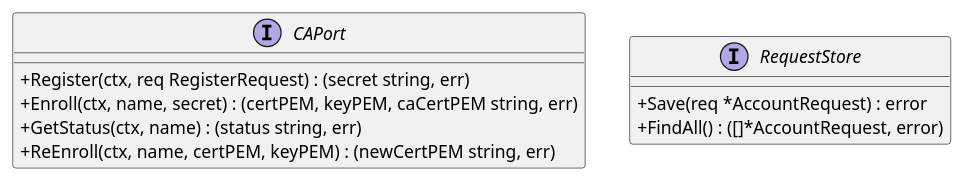
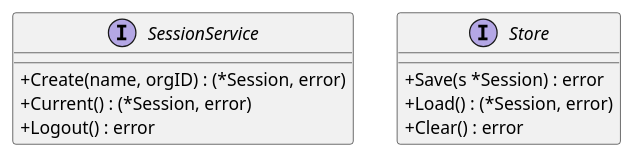
Before and after one commit to olivaux/myr: the fifth of 6 diagrams in specs/3-Conception/DC_D1_Auth_Identity.md, drawn with PlantUML. The commit also changed other lines of this file and 17 other files, not shown here.

````diff
--- a/specs/3-Conception/DC_D1_Auth_Identity.md
+++ b/specs/3-Conception/DC_D1_Auth_Identity.md
@@ -349,16 +288,16 @@
 ```plantuml
 @startuml
 skinparam classAttributeIconSize 0
-interface CAPort {
-  + Register(ctx, req RegisterRequest) : (secret string, err)
-  + Enroll(ctx, name, secret) : (certPEM, keyPEM, caCertPEM string, err)
-  + GetStatus(ctx, name) : (status string, err)
-  + ReEnroll(ctx, name, certPEM, keyPEM) : (newCertPEM string, err)
+interface SessionService {
+  + Create(name, orgID) : (*Session, error)
+  + Current() : (*Session, error)
+  + Logout() : error
 }
 
-interface RequestStore {
-  + Save(req *AccountRequest) : error
-  + FindAll() : ([]*AccountRequest, error)
+interface Store {
+  + Save(s *Session) : error
+  + Load() : (*Session, error)
+  + Clear() : error
 }
 @enduml
 ```
````
